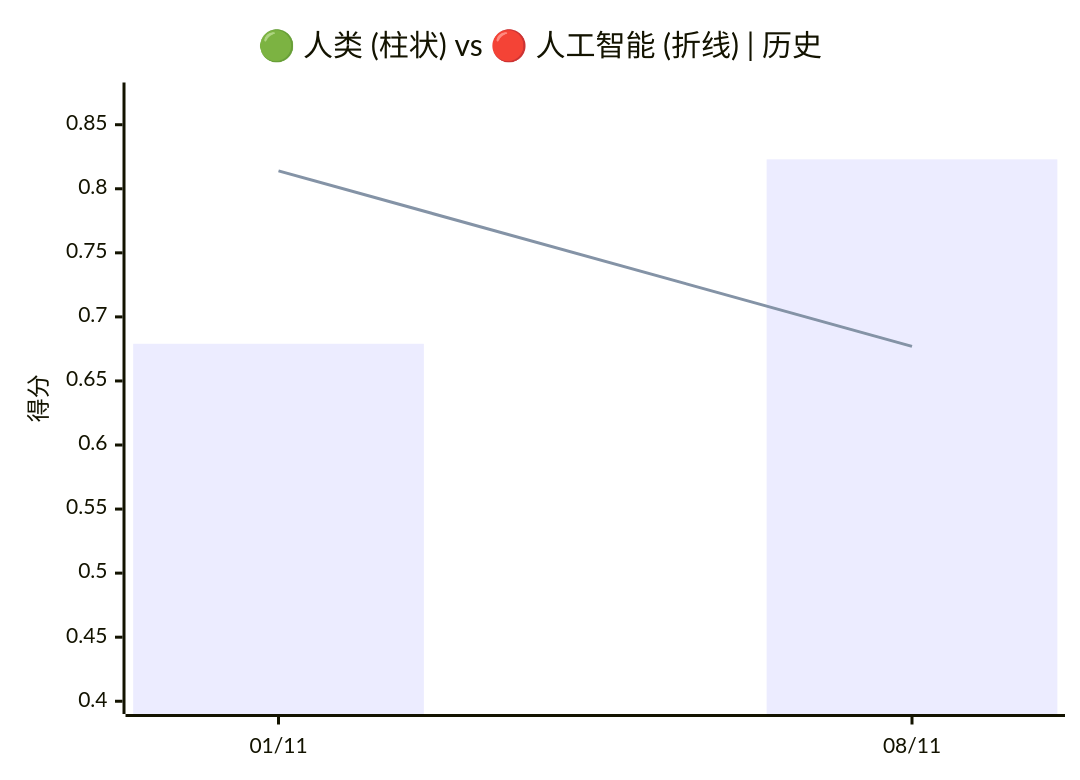
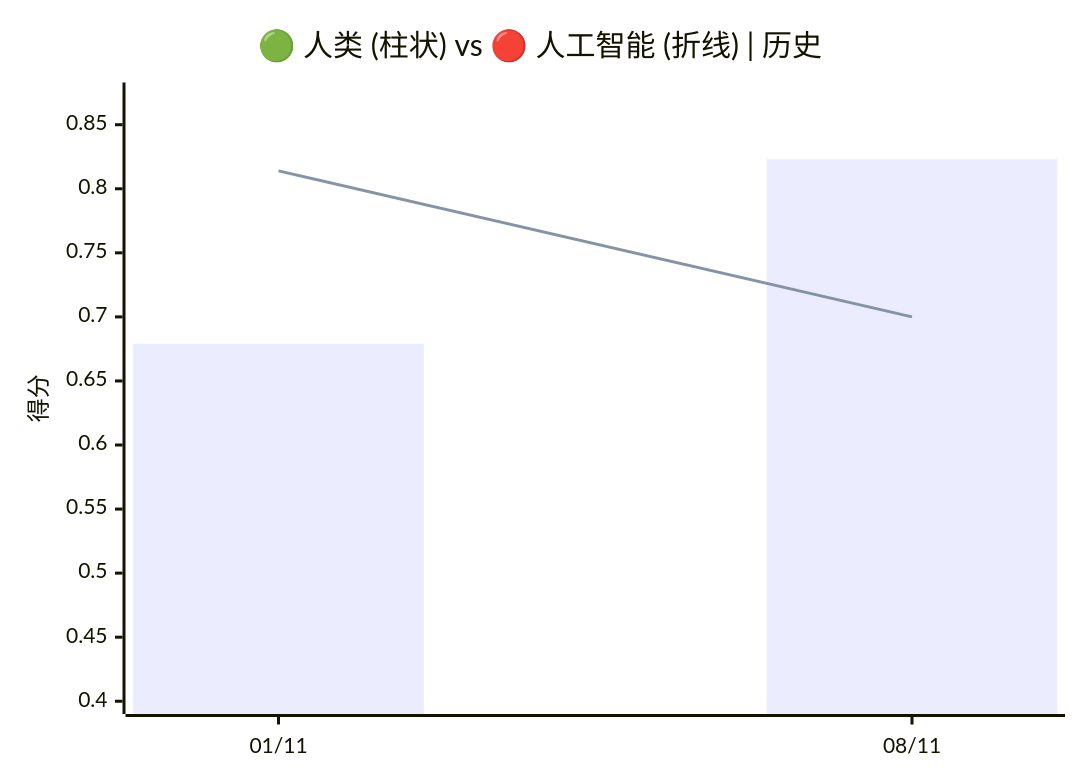
One commit to VQQLK/Human-AI-Monitor changed the first of 3 diagrams in README.zh.md. Above: the diagram before and after it, drawn with Mermaid. The commit also changed other lines of this file and 7 other files, not shown here.

````diff
--- a/README.zh.md
+++ b/README.zh.md
@@ -35,8 +35,8 @@
 ```mermaid
 xychart-beta
     title "🟢 人类 (柱状) vs 🔴 人工智能 (折线) | 历史"
     x-axis ["01/11", "08/11"]
     y-axis "得分" 0.400 --> 0.873
     bar [0.679, 0.823]
-    line [0.814, 0.677]
+    line [0.814, 0.700]
 ```
````
